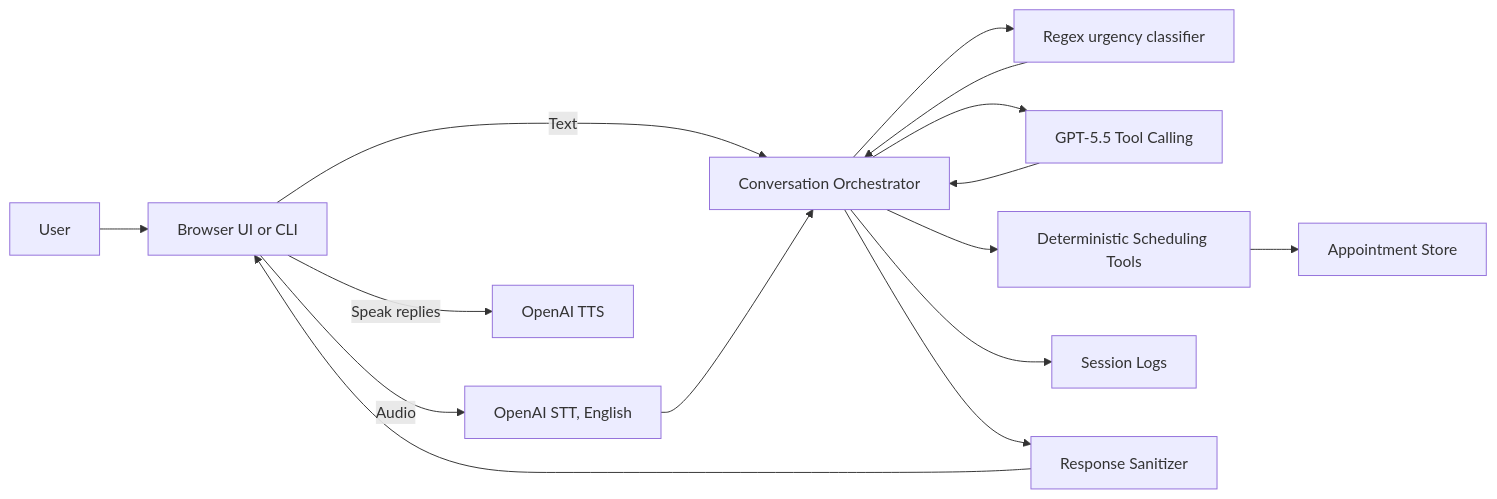
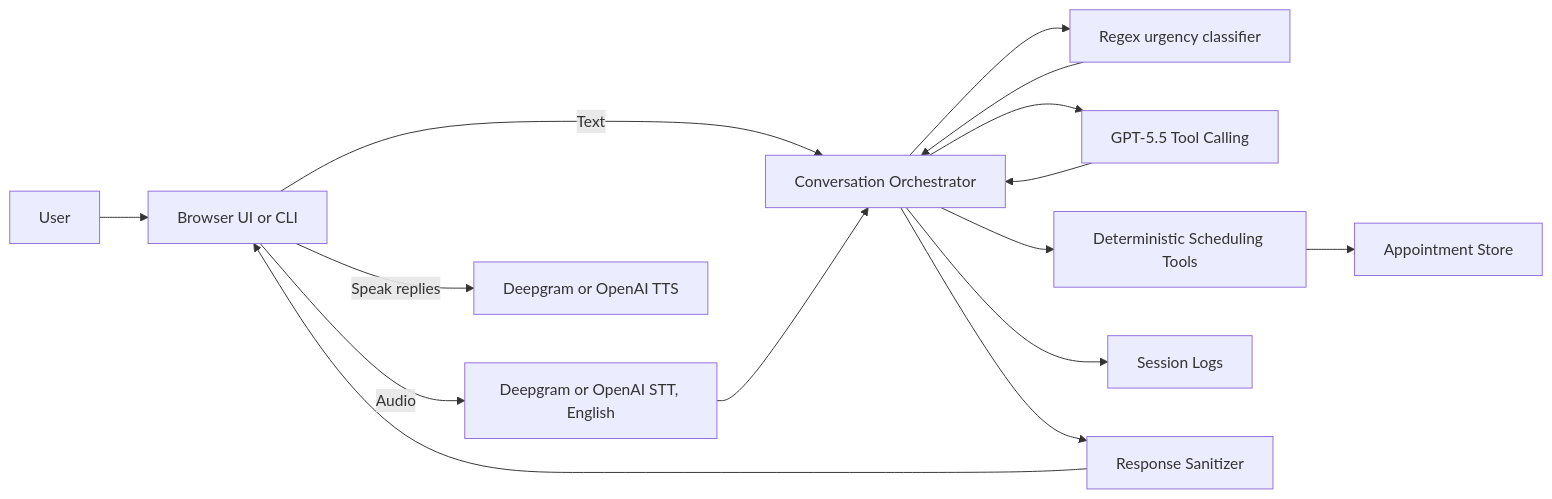
One commit to amankumarhal/scheduling_agent changed the first of 2 diagrams in README.md. Above: the diagram before and after it, drawn with Mermaid. The commit also changed other lines of this file and 10 other files, not shown here.

````diff
--- a/README.md
+++ b/README.md
@@ -30,17 +30,17 @@
 ```mermaid
 flowchart LR
     U[User] --> UI[Browser UI or CLI]
-    UI -->|Audio| STT[OpenAI STT, English]
+    UI -->|Audio| STT[Deepgram or OpenAI STT, English]
     UI -->|Text| ORCH[Conversation Orchestrator]
     STT --> ORCH
     ORCH --> URGENCY[Regex urgency classifier]
     URGENCY --> ORCH
     ORCH --> LLM[GPT-5.5 Tool Calling]
     LLM --> ORCH
     ORCH --> TOOLS[Deterministic Scheduling Tools]
     TOOLS --> STORE[Appointment Store]
     ORCH --> LOGS[Session Logs]
     ORCH --> CLEAN[Response Sanitizer]
     CLEAN --> UI
-    UI -->|Speak replies| TTS[OpenAI TTS]
+    UI -->|Speak replies| TTS[Deepgram or OpenAI TTS]
 ```
````
